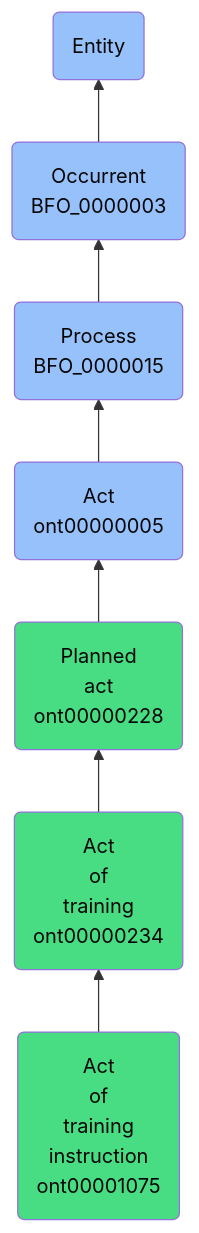
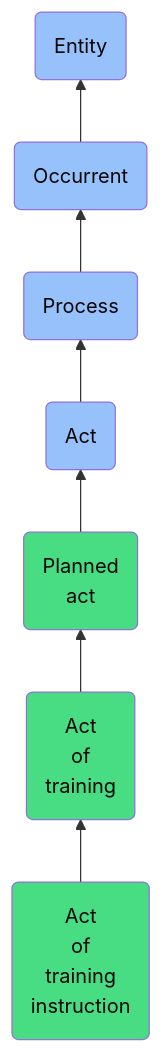
One commit to jupyter-naas/abi changed the diagram in docs/ontology/reference/model/Entity/Occurrent/Process/Act/Planned act/Act of training/Act of training instruction/Act of training instruction.md. Above: the diagram before and after it, drawn with Mermaid. The commit also changed other lines of this file and 1430 other files, not shown here.

````diff
--- a/docs/ontology/reference/model/Entity/Occurrent/Process/Act/Planned act/Act of training/Act of training instruction/Act of training instruction.md
+++ b/docs/ontology/reference/model/Entity/Occurrent/Process/Act/Planned act/Act of training/Act of training instruction/Act of training instruction.md
@@ -24,14 +24,14 @@
 ```mermaid
 graph BT
-    ont00001075(Act<br>of<br>training<br>instruction<br>ont00001075):::ABI-->ont00000234
-    ont00000234(Act<br>of<br>training<br>ont00000234):::ABI-->ont00000228
-    ont00000228(Planned<br>act<br>ont00000228):::ABI-->ont00000005
-    ont00000005(Act<br>ont00000005):::BFO-->BFO_0000015
-    BFO_0000015(Process<br>BFO_0000015):::BFO-->BFO_0000003
-    BFO_0000003(Occurrent<br>BFO_0000003):::BFO-->BFO_0000001
+    ont00001075(Act<br>of<br>training<br>instruction):::ABI-->ont00000234
+    ont00000234(Act<br>of<br>training):::ABI-->ont00000228
+    ont00000228(Planned<br>act):::ABI-->ont00000005
+    ont00000005(Act):::BFO-->BFO_0000015
+    BFO_0000015(Process):::BFO-->BFO_0000003
+    BFO_0000003(Occurrent):::BFO-->BFO_0000001
     BFO_0000001(Entity):::BFO
     
     classDef BFO fill:#97c1fb,color:#060606
     classDef CCO fill:#e4c51e,color:#060606
     classDef ABI fill:#48DD82,color:#060606
 ```
````
